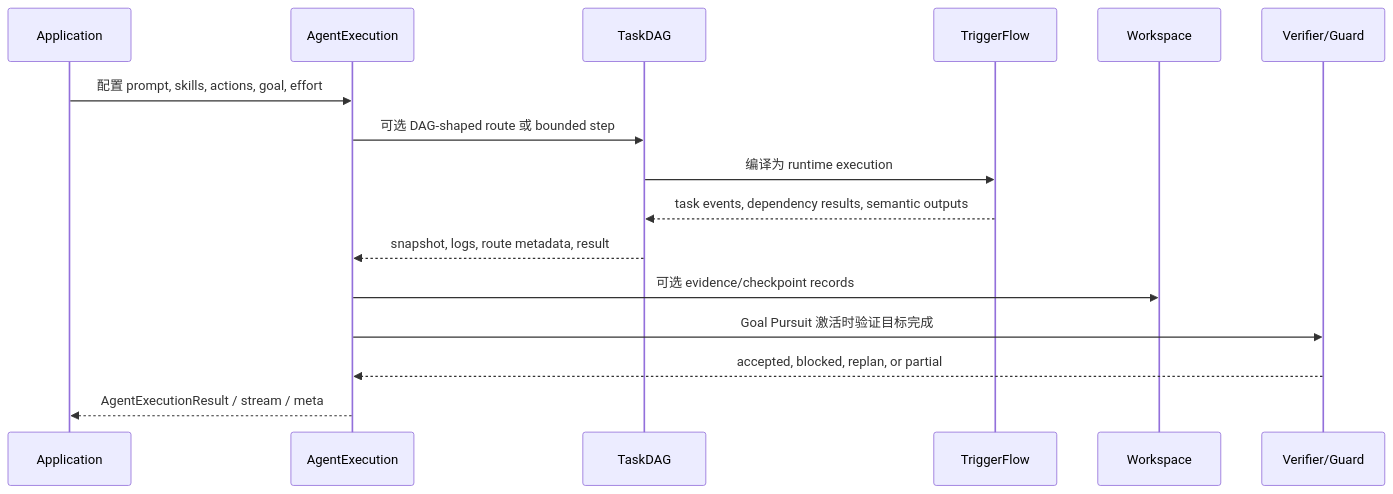
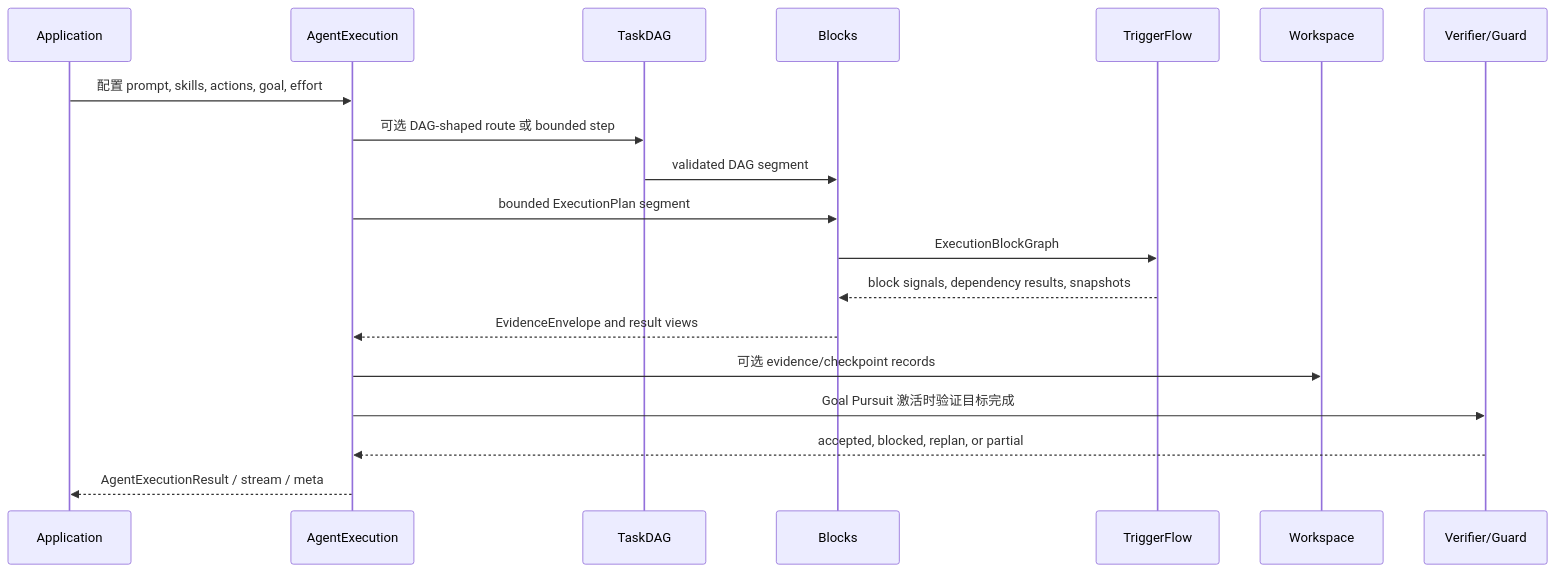
One commit to reconsumeralization/Agently changed the second of 2 diagrams in docs/cn/reference/execution-layer-selection.md. Above: the diagram before and after it, drawn with Mermaid. The commit also changed other lines of this file and 12 other files, not shown here.

Commit message:
docs: document lifecycle block execution

````diff
--- a/docs/cn/reference/execution-layer-selection.md
+++ b/docs/cn/reference/execution-layer-selection.md
@@ -124,19 +131,22 @@
 ```mermaid
 sequenceDiagram
     participant App as Application
     participant AE as AgentExecution
     participant DAG as TaskDAG
+    participant Blocks as Blocks
     participant TF as TriggerFlow
     participant WS as Workspace
     participant V as Verifier/Guard
 
     App->>AE: 配置 prompt, skills, actions, goal, effort
     AE->>DAG: 可选 DAG-shaped route 或 bounded step
-    DAG->>TF: 编译为 runtime execution
-    TF-->>DAG: task events, dependency results, semantic outputs
-    DAG-->>AE: snapshot, logs, route metadata, result
+    DAG->>Blocks: validated DAG segment
+    AE->>Blocks: bounded ExecutionPlan segment
+    Blocks->>TF: ExecutionBlockGraph
+    TF-->>Blocks: block signals, dependency results, snapshots
+    Blocks-->>AE: EvidenceEnvelope and result views
     AE->>WS: 可选 evidence/checkpoint records
     AE->>V: Goal Pursuit 激活时验证目标完成
     V-->>AE: accepted, blocked, replan, or partial
     AE-->>App: AgentExecutionResult / stream / meta
 ```
````
